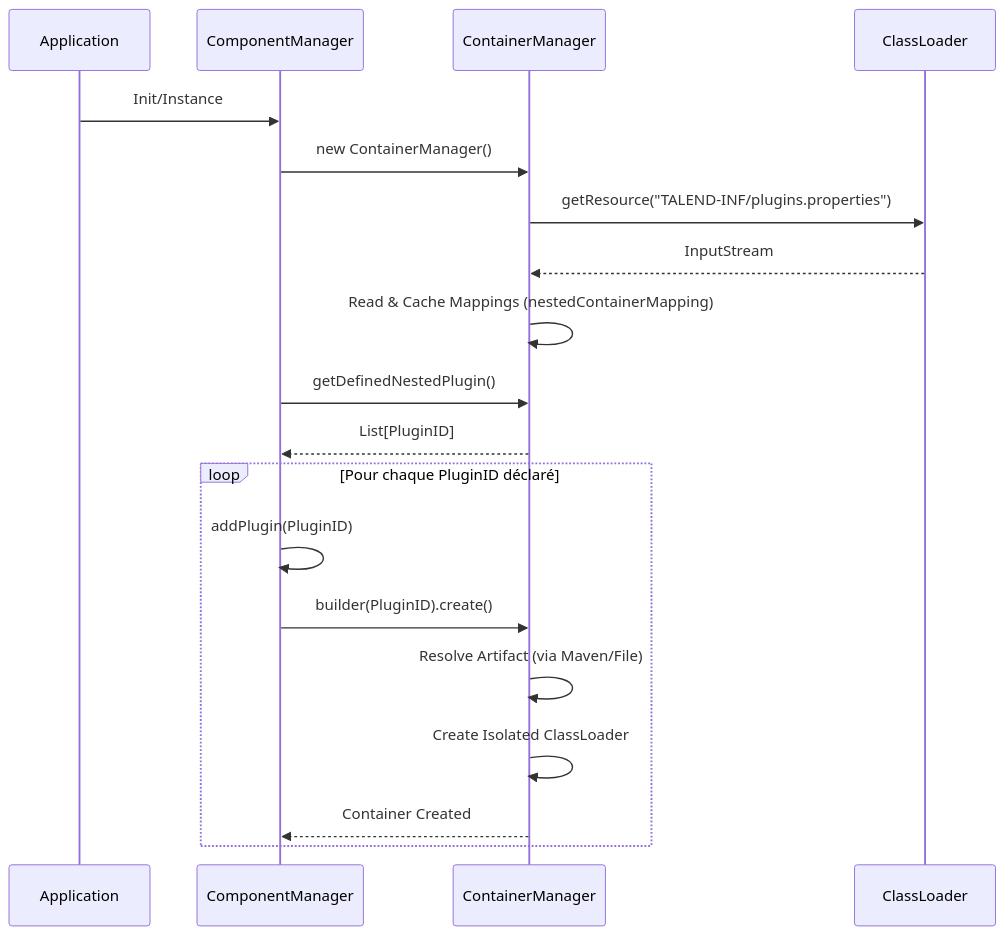
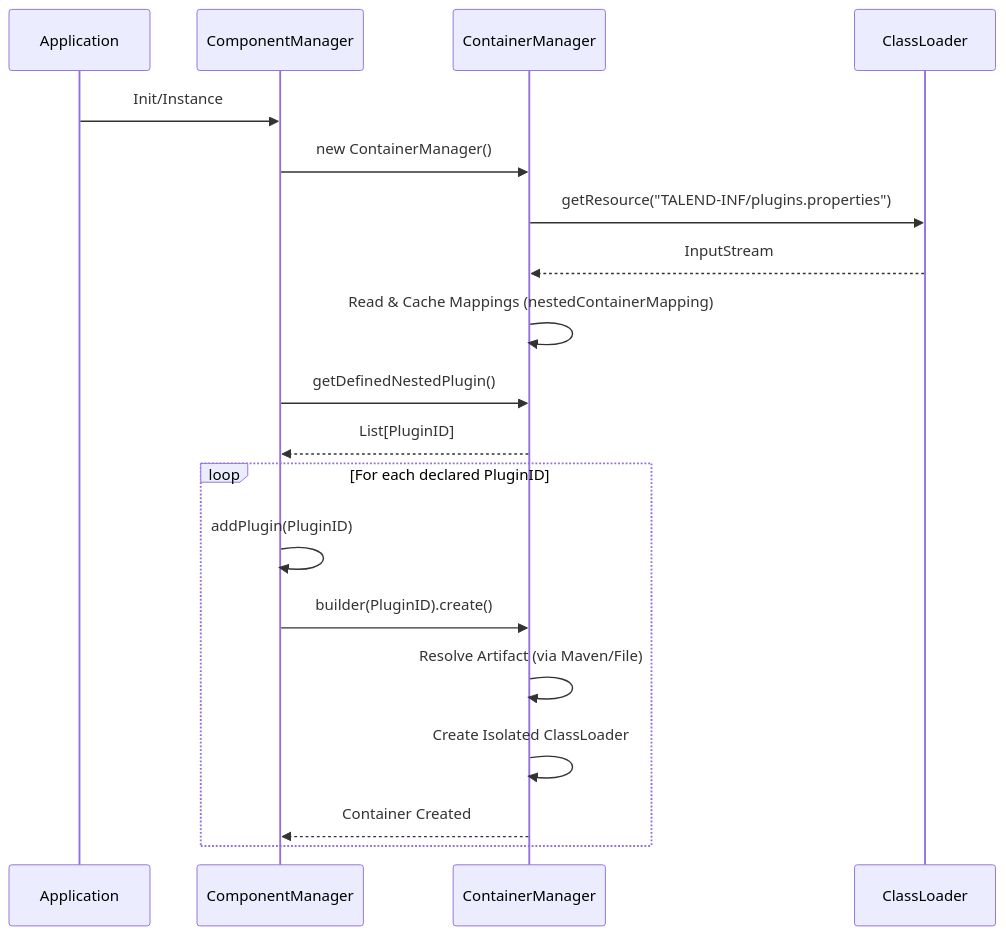
Before and after one commit to ypiel-talend/component-runtime-2: the first of 2 diagrams in TCK_Plugin_Loading.md, drawn with Mermaid. The commit also changed other lines of this file, not shown here.

````diff
--- a/TCK_Plugin_Loading.md
+++ b/TCK_Plugin_Loading.md
@@ -29,22 +29,22 @@
 ```mermaid
 sequenceDiagram
     participant App as Application
     participant CM as ComponentManager
     participant ContM as ContainerManager
     participant Loader as ClassLoader
 
     App->>CM: Init/Instance
     CM->>ContM: new ContainerManager()
     ContM->>Loader: getResource("TALEND-INF/plugins.properties")
     Loader-->>ContM: InputStream
     ContM->>ContM: Read & Cache Mappings (nestedContainerMapping)
     CM->>ContM: getDefinedNestedPlugin()
     ContM-->>CM: List[PluginID]
-    loop Pour chaque PluginID déclaré
+    loop For each declared PluginID
         CM->>CM: addPlugin(PluginID)
         CM->>ContM: builder(PluginID).create()
         ContM->>ContM: Resolve Artifact (via Maven/File)
         ContM->>ContM: Create Isolated ClassLoader
         ContM-->>CM: Container Created
     end
 ```
````
